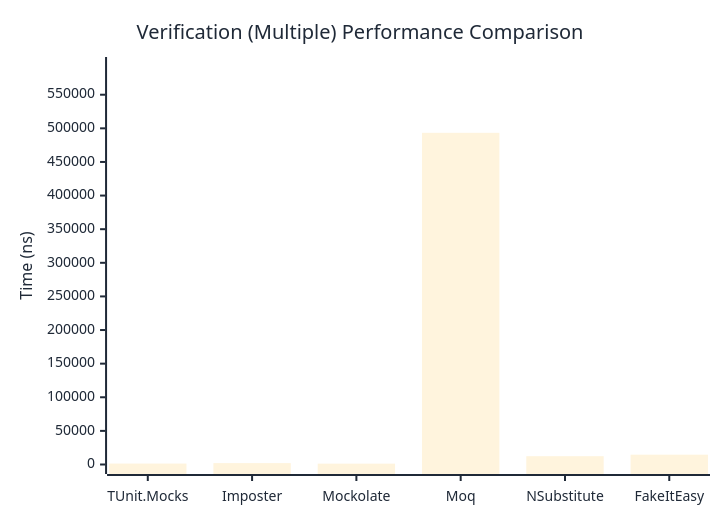
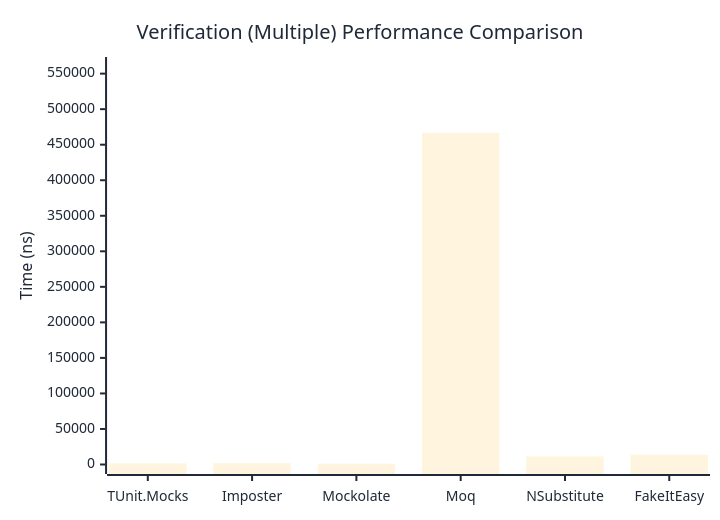
Before and after one commit to thomhurst/TUnit: the third of 3 diagrams in docs/docs/benchmarks/mocks/Verification.md, drawn with Mermaid. The commit also changed other lines of this file and 14 other files, not shown here.

````diff
--- a/docs/docs/benchmarks/mocks/Verification.md
+++ b/docs/docs/benchmarks/mocks/Verification.md
@@ -112,27 +112,27 @@
 ```mermaid
 %%{init: {
   'theme':'base',
   'themeVariables': {
     'primaryColor': '#2563eb',
     'primaryTextColor': '#1f2937',
     'primaryBorderColor': '#1e40af',
     'lineColor': '#6b7280',
     'secondaryColor': '#7c3aed',
     'tertiaryColor': '#dc2626',
     'background': '#ffffff',
     'pie1': '#2563eb',
     'pie2': '#7c3aed',
     'pie3': '#dc2626',
     'pie4': '#f59e0b',
     'pie5': '#10b981',
     'pie6': '#06b6d4',
     'pie7': '#ec4899',
     'pie8': '#6366f1'
   }
 }}%%
 xychart-beta
   title "Verification (Multiple) Performance Comparison"
   x-axis ["TUnit.Mocks", "Imposter", "Mockolate", "Moq", "NSubstitute", "FakeItEasy"]
-  y-axis "Time (ns)" 0 --> 591973
-  bar [1400.46, 2061.75, 1281.35, 493310.44, 12357.22, 14597.11]
+  y-axis "Time (ns)" 0 --> 560052
+  bar [1518.94, 1742.5, 1070.31, 466710, 11311.02, 13735.68]
 ```
````
